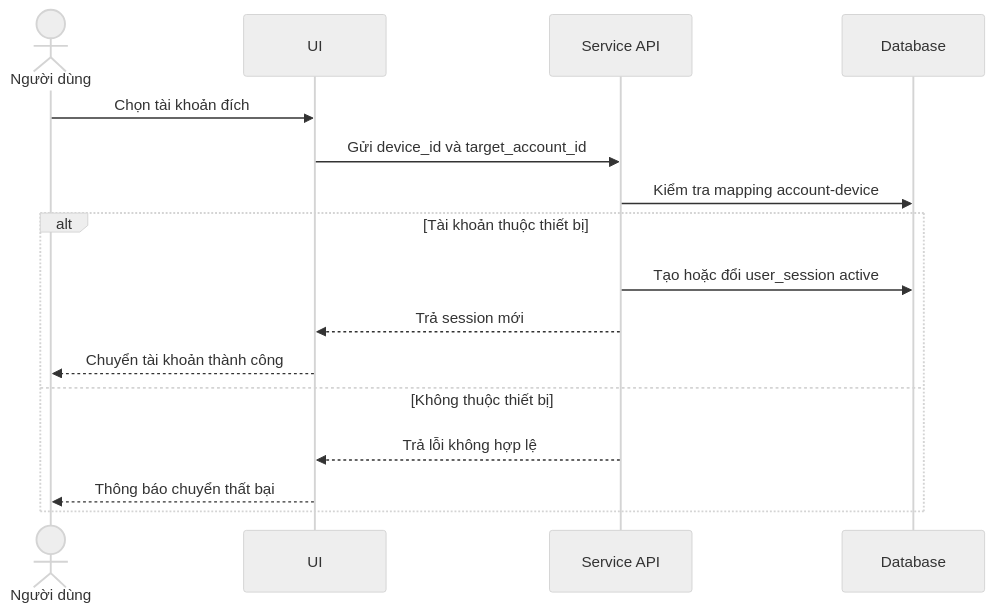
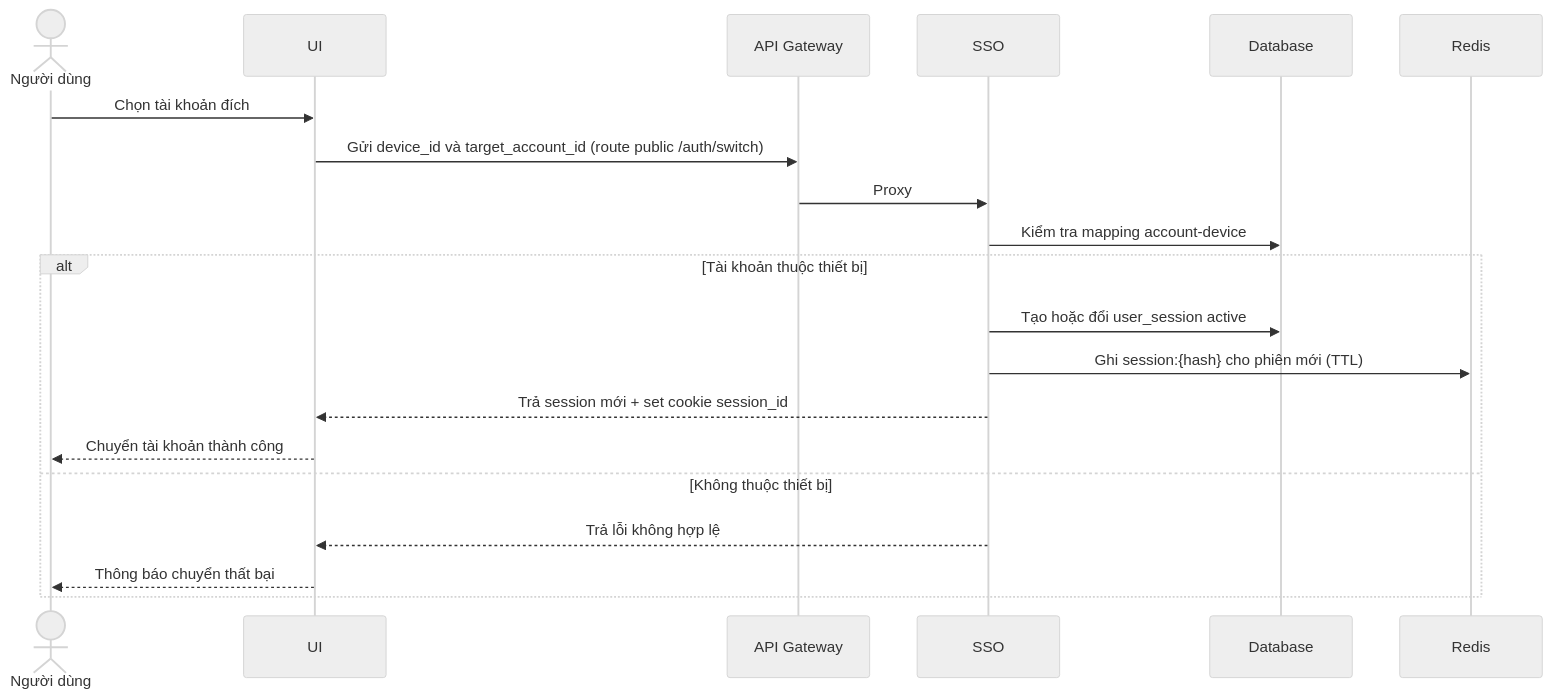
One commit to CVThien2k2/joytab changed the fourth of 6 diagrams in docs/thiet-ke-he-thong-20260522.md. Above: the diagram before and after it, drawn with Mermaid (neutral theme). The commit also changed other lines of this file and 3 other files, not shown here.

Commit message:
docs: reflect api-gateway + sso edge-auth architecture

````diff
--- a/docs/thiet-ke-he-thong-20260522.md
+++ b/docs/thiet-ke-he-thong-20260522.md
@@ -93,19 +107,23 @@
 ```mermaid
 sequenceDiagram
   actor ND as Người dùng
   participant UI
-  participant API as Service API
+  participant GW as API Gateway
+  participant API as SSO
   participant DB as Database
+  participant RD as Redis
 
   ND->>UI: Chọn tài khoản đích
-  UI->>API: Gửi device_id và target_account_id
+  UI->>GW: Gửi device_id và target_account_id (route public /auth/switch)
+  GW->>API: Proxy
   API->>DB: Kiểm tra mapping account-device
   alt Tài khoản thuộc thiết bị
     API->>DB: Tạo hoặc đổi user_session active
-    API-->>UI: Trả session mới
+    API->>RD: Ghi session:{hash} cho phiên mới (TTL)
+    API-->>UI: Trả session mới + set cookie session_id
     UI-->>ND: Chuyển tài khoản thành công
   else Không thuộc thiết bị
     API-->>UI: Trả lỗi không hợp lệ
     UI-->>ND: Thông báo chuyển thất bại
   end
 ```
````
